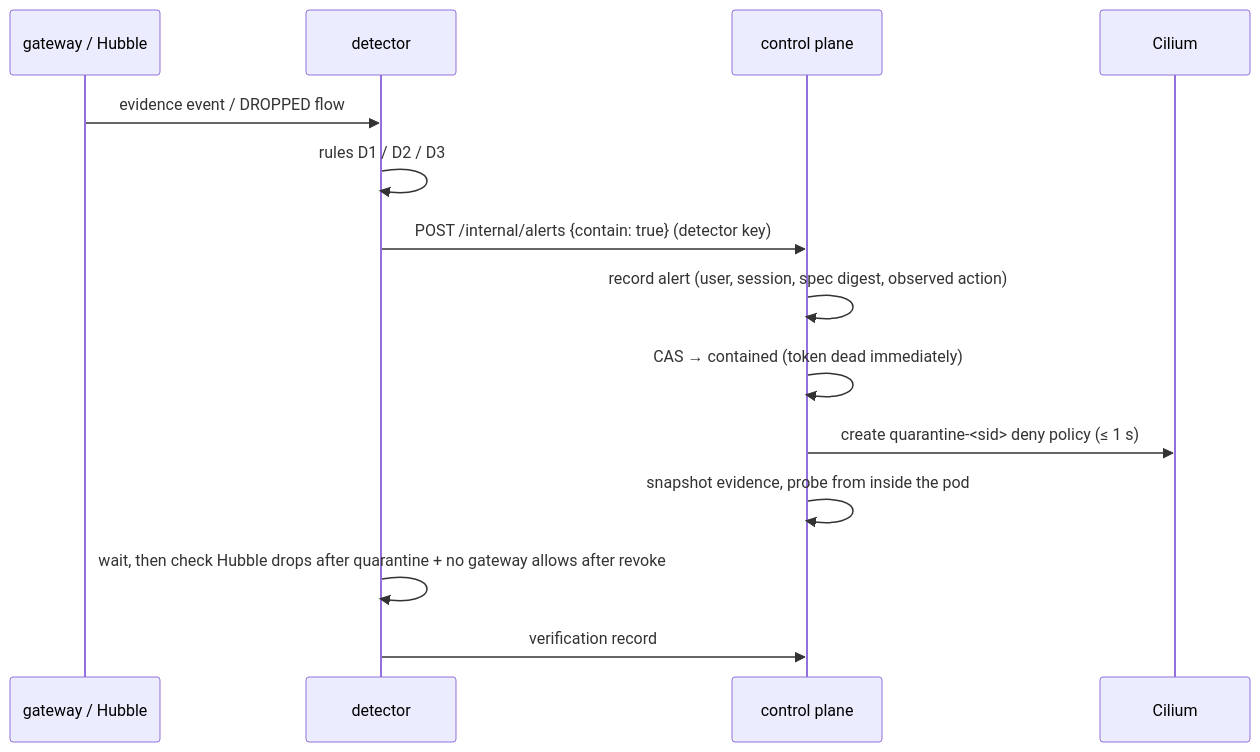
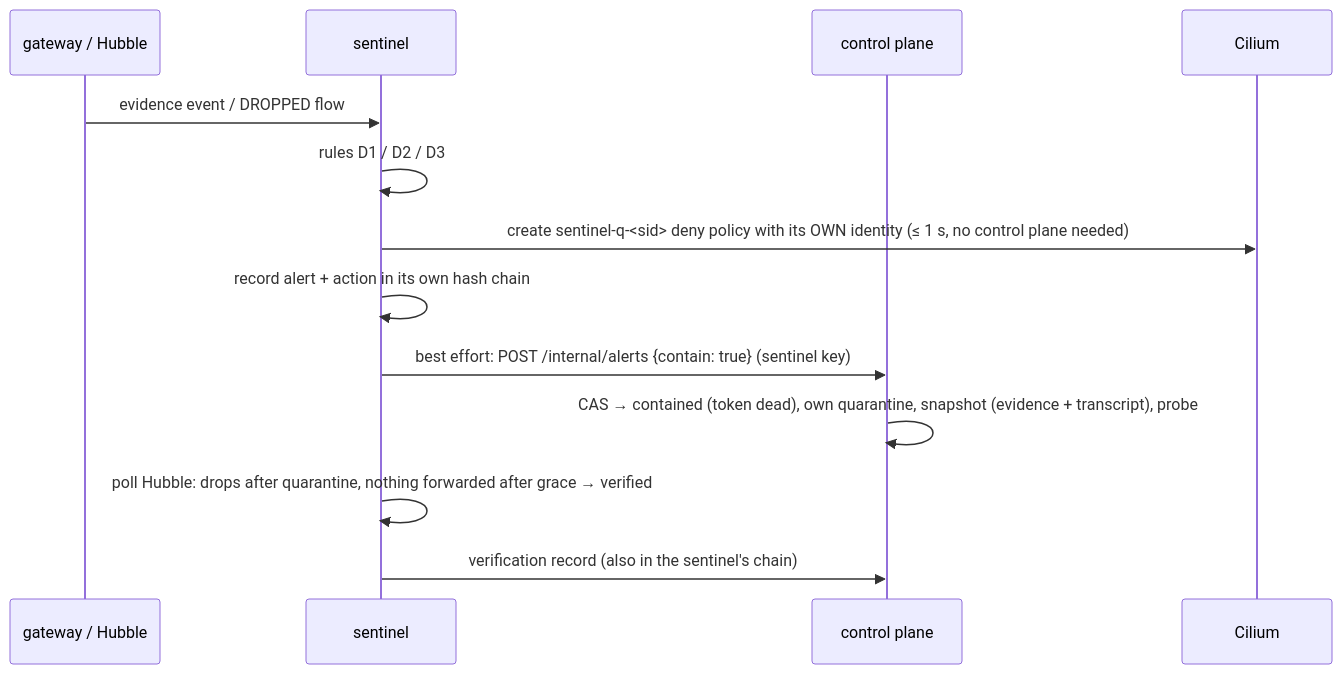
Before and after one commit to bhadradiyaniravnl/security-assignment-forgoodai: the sixth of 6 diagrams in docs/ARCHITECTURE.md, drawn with Mermaid. The commit also changed other lines of this file and 47 other files, not shown here.

````diff
--- a/docs/ARCHITECTURE.md
+++ b/docs/ARCHITECTURE.md
@@ -426,16 +488,15 @@
 ```mermaid
 sequenceDiagram
   participant G as gateway / Hubble
-  participant D as detector
+  participant D as sentinel
   participant CP as control plane
   participant K as Cilium
   G->>D: evidence event / DROPPED flow
   D->>D: rules D1 / D2 / D3
-  D->>CP: POST /internal/alerts {contain: true} (detector key)
-  CP->>CP: record alert (user, session, spec digest, observed action)
-  CP->>CP: CAS → contained (token dead immediately)
-  CP->>K: create quarantine-<sid> deny policy (≤ 1 s)
-  CP->>CP: snapshot evidence, probe from inside the pod
-  D->>D: wait, then check Hubble drops after quarantine + no gateway allows after revoke
-  D->>CP: verification record
+  D->>K: create sentinel-q-<sid> deny policy with its OWN identity (≤ 1 s, no control plane needed)
+  D->>D: record alert + action in its own hash chain
+  D->>CP: best effort: POST /internal/alerts {contain: true} (sentinel key)
+  CP->>CP: CAS → contained (token dead), own quarantine, snapshot (evidence + transcript), probe
+  D->>D: poll Hubble: drops after quarantine, nothing forwarded after grace → verified
+  D->>CP: verification record (also in the sentinel's chain)
 ```
````
